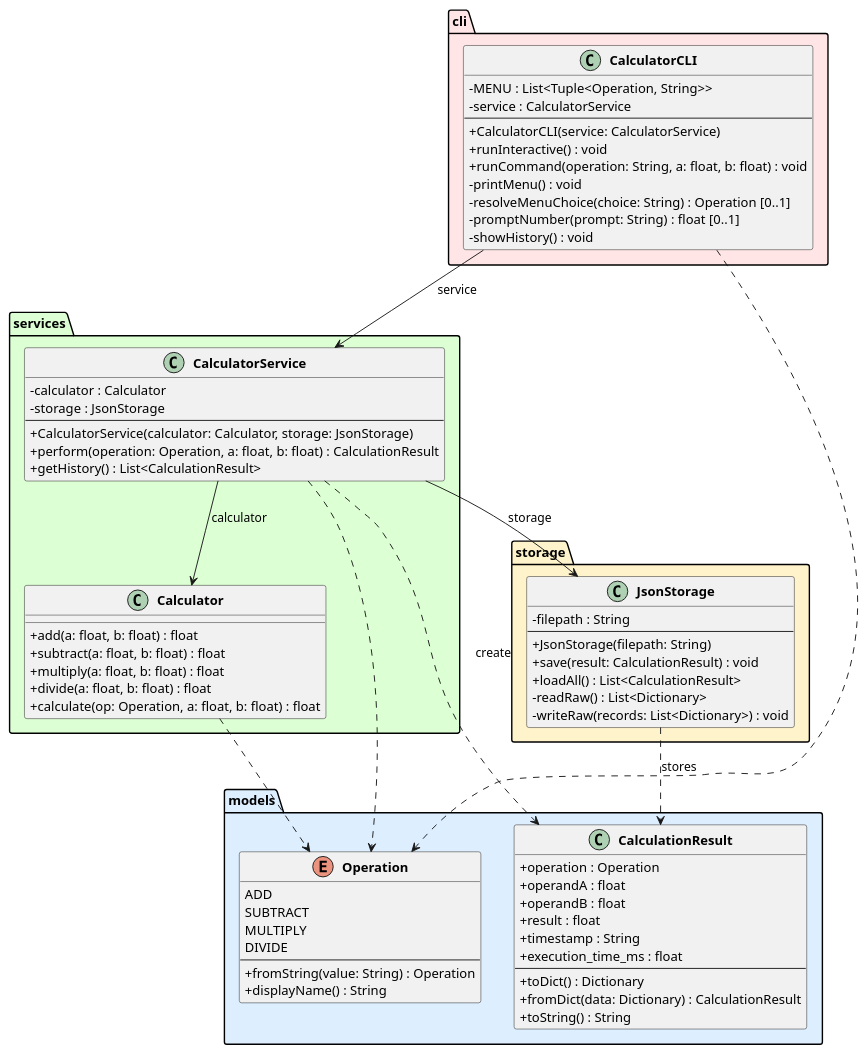
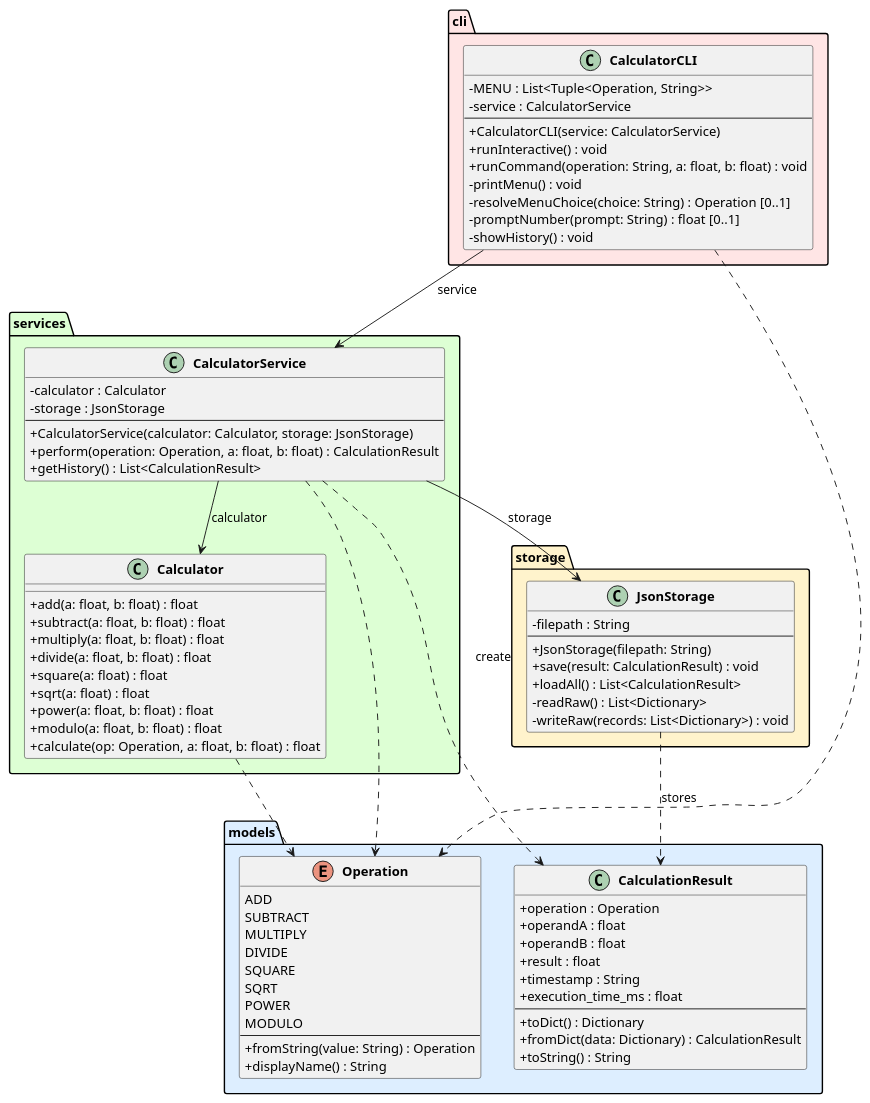
Before and after one commit to DanielRiha8906/Software_autoevolution_using_agents: the diagram in experiments/supervisor_as_tools/test_driven/calculator/artifacts/class_diagram.puml, drawn with PlantUML. The commit also changed 7 other files, not shown here.

```diff
--- a/experiments/supervisor_as_tools/test_driven/calculator/artifacts/class_diagram.puml
+++ b/experiments/supervisor_as_tools/test_driven/calculator/artifacts/class_diagram.puml
@@ -1,87 +1,95 @@
 @startuml class_diagram
 
 skinparam classAttributeIconSize 0
 skinparam classFontStyle bold
 
 package "models" #DDEEFF {
     enum Operation {
         ADD
         SUBTRACT
         MULTIPLY
         DIVIDE
+        SQUARE
+        SQRT
+        POWER
+        MODULO
         --
         +fromString(value: String) : Operation
         +displayName() : String
     }
 
     class CalculationResult {
         +operation : Operation
         +operandA : float
         +operandB : float
         +result : float
         +timestamp : String
         +execution_time_ms : float
         --
         +toDict() : Dictionary
         +fromDict(data: Dictionary) : CalculationResult
         +toString() : String
     }
 }
 
 package "services" #DDFFD4 {
     class Calculator {
         +add(a: float, b: float) : float
         +subtract(a: float, b: float) : float
         +multiply(a: float, b: float) : float
         +divide(a: float, b: float) : float
+        +square(a: float) : float
+        +sqrt(a: float) : float
+        +power(a: float, b: float) : float
+        +modulo(a: float, b: float) : float
         +calculate(op: Operation, a: float, b: float) : float
     }
 
     class CalculatorService {
         -calculator : Calculator
         -storage : JsonStorage
         --
         +CalculatorService(calculator: Calculator, storage: JsonStorage)
         +perform(operation: Operation, a: float, b: float) : CalculationResult
         +getHistory() : List<CalculationResult>
     }
 }
 
 package "storage" #FFF3CC {
     class JsonStorage {
         -filepath : String
         --
         +JsonStorage(filepath: String)
         +save(result: CalculationResult) : void
         +loadAll() : List<CalculationResult>
         -readRaw() : List<Dictionary>
         -writeRaw(records: List<Dictionary>) : void
     }
 }
 
 package "cli" #FFE5E5 {
     class CalculatorCLI {
         -MENU : List<Tuple<Operation, String>>
         -service : CalculatorService
         --
         +CalculatorCLI(service: CalculatorService)
         +runInteractive() : void
         +runCommand(operation: String, a: float, b: float) : void
         -printMenu() : void
         -resolveMenuChoice(choice: String) : Operation [0..1]
         -promptNumber(prompt: String) : float [0..1]
         -showHistory() : void
     }
 }
 
 CalculatorCLI --> CalculatorService : service
 CalculatorService --> Calculator : calculator
 CalculatorService --> JsonStorage : storage
 
 CalculatorService ..> CalculationResult : create
 CalculatorService ..> Operation
 CalculatorCLI ..> Operation
 Calculator ..> Operation
 JsonStorage ..> CalculationResult : stores
 
 @enduml
```
